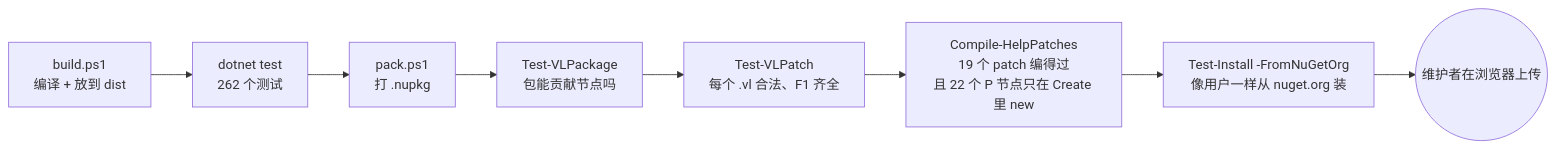
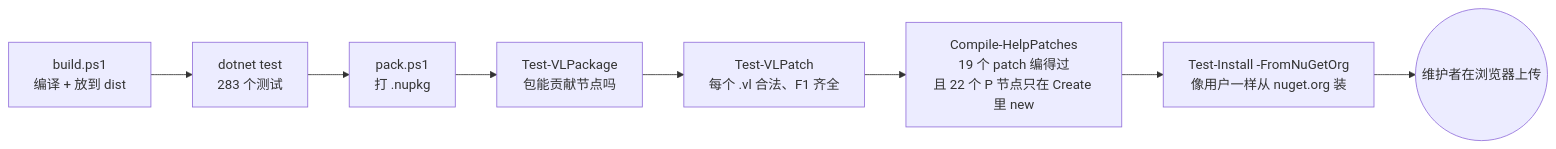
One commit to rednotfound/VL.Mapsui changed the third of 3 diagrams in docs/READING-GUIDE.zh.md. Above: the diagram before and after it, drawn with Mermaid. The commit also changed other lines of this file and 19 other files, not shown here.

````diff
--- a/docs/READING-GUIDE.zh.md
+++ b/docs/READING-GUIDE.zh.md
@@ -346,10 +346,10 @@
 ```mermaid
 flowchart LR
-  A["build.ps1<br/>编译 + 放到 dist"] --> B["dotnet test<br/>262 个测试"]
+  A["build.ps1<br/>编译 + 放到 dist"] --> B["dotnet test<br/>283 个测试"]
   B --> C["pack.ps1<br/>打 .nupkg"]
   C --> D["Test-VLPackage<br/>包能贡献节点吗"]
   D --> E["Test-VLPatch<br/>每个 .vl 合法、F1 齐全"]
   E --> F["Compile-HelpPatches<br/>19 个 patch 编得过<br/>且 22 个 P 节点只在 Create 里 new"]
   F --> G["Test-Install -FromNuGetOrg<br/>像用户一样从 nuget.org 装"]
   G --> H(("维护者在浏览器上传"))
 ```
````
